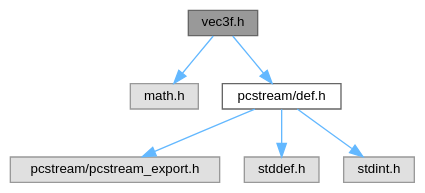
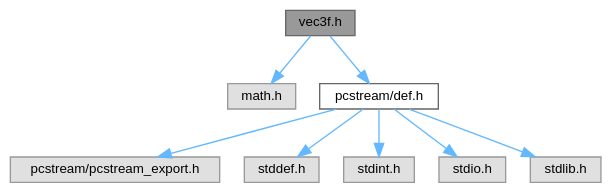
One commit to QuangNguyenLong/pcstream changed the diagram in vec3f_8h__incl.dot. Above: the diagram before and after it, drawn with Graphviz. The commit also changed 40 other files, not shown here.

```diff
--- a/vec3f_8h__incl.dot
+++ b/vec3f_8h__incl.dot
@@ -1,18 +1,22 @@
 digraph "vec3f.h"
 {
  // LATEX_PDF_SIZE
   bgcolor="transparent";
   edge [fontname=Helvetica,fontsize=10,labelfontname=Helvetica,labelfontsize=10];
   node [fontname=Helvetica,fontsize=10,shape=box,height=0.2,width=0.4];
   Node1 [id="Node000001",label="vec3f.h",height=0.2,width=0.4,color="gray40", fillcolor="grey60", style="filled", fontcolor="black",tooltip=" "];
   Node1 -> Node2 [id="edge1_Node000001_Node000002",color="steelblue1",style="solid",tooltip=" "];
   Node2 [id="Node000002",label="math.h",height=0.2,width=0.4,color="grey60", fillcolor="#E0E0E0", style="filled",tooltip=" "];
   Node1 -> Node3 [id="edge2_Node000001_Node000003",color="steelblue1",style="solid",tooltip=" "];
   Node3 [id="Node000003",label="pcstream/def.h",height=0.2,width=0.4,color="grey40", fillcolor="white", style="filled",URL="$def_8h.html",tooltip=" "];
   Node3 -> Node4 [id="edge3_Node000003_Node000004",color="steelblue1",style="solid",tooltip=" "];
   Node4 [id="Node000004",label="pcstream/pcstream_export.h",height=0.2,width=0.4,color="grey60", fillcolor="#E0E0E0", style="filled",tooltip=" "];
   Node3 -> Node5 [id="edge4_Node000003_Node000005",color="steelblue1",style="solid",tooltip=" "];
   Node5 [id="Node000005",label="stddef.h",height=0.2,width=0.4,color="grey60", fillcolor="#E0E0E0", style="filled",tooltip=" "];
   Node3 -> Node6 [id="edge5_Node000003_Node000006",color="steelblue1",style="solid",tooltip=" "];
   Node6 [id="Node000006",label="stdint.h",height=0.2,width=0.4,color="grey60", fillcolor="#E0E0E0", style="filled",tooltip=" "];
+  Node3 -> Node7 [id="edge6_Node000003_Node000007",color="steelblue1",style="solid",tooltip=" "];
+  Node7 [id="Node000007",label="stdio.h",height=0.2,width=0.4,color="grey60", fillcolor="#E0E0E0", style="filled",tooltip=" "];
+  Node3 -> Node8 [id="edge7_Node000003_Node000008",color="steelblue1",style="solid",tooltip=" "];
+  Node8 [id="Node000008",label="stdlib.h",height=0.2,width=0.4,color="grey60", fillcolor="#E0E0E0", style="filled",tooltip=" "];
 }
```
